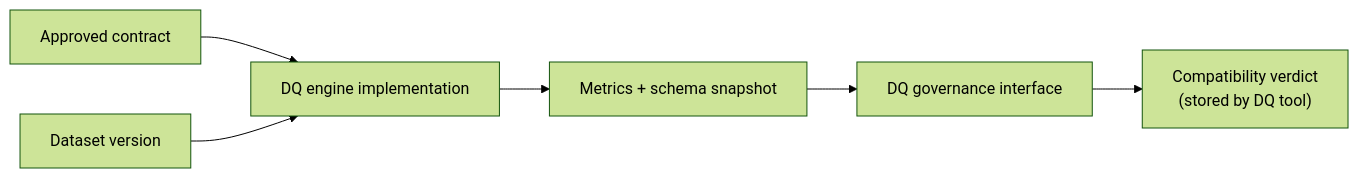
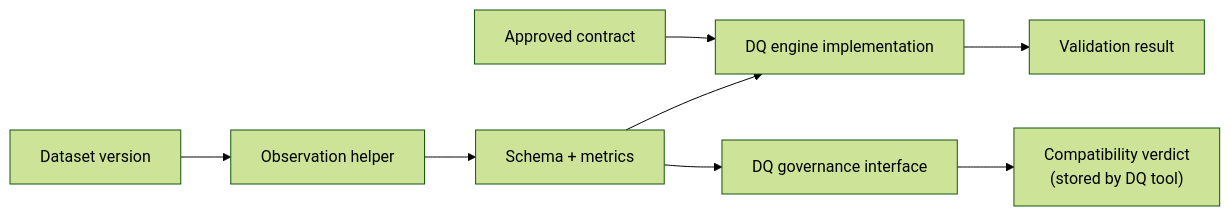
One commit to NextLab-SRL/dc43 changed the diagram in docs/component-data-quality-engine.md. Above: the diagram before and after it, drawn with Mermaid (forest theme). The commit also changed other lines of this file and 8 other files, not shown here.

````diff
--- a/docs/component-data-quality-engine.md
+++ b/docs/component-data-quality-engine.md
@@ -25,8 +28,10 @@
 ```mermaid
 flowchart LR
     Contract["Approved contract"] --> Engine["DQ engine implementation"]
-    Dataset["Dataset version"] --> Engine
-    Engine --> Metrics["Metrics + schema snapshot"]
-    Metrics --> Governance["DQ governance interface"]
+    Dataset["Dataset version"] --> Collector["Observation helper"]
+    Collector --> Evidence["Schema + metrics"]
+    Evidence --> Engine
+    Engine --> Metrics["Validation result"]
+    Evidence --> Governance["DQ governance interface"]
     Governance --> Verdict["Compatibility verdict\n(stored by DQ tool)"]
 ```
````
